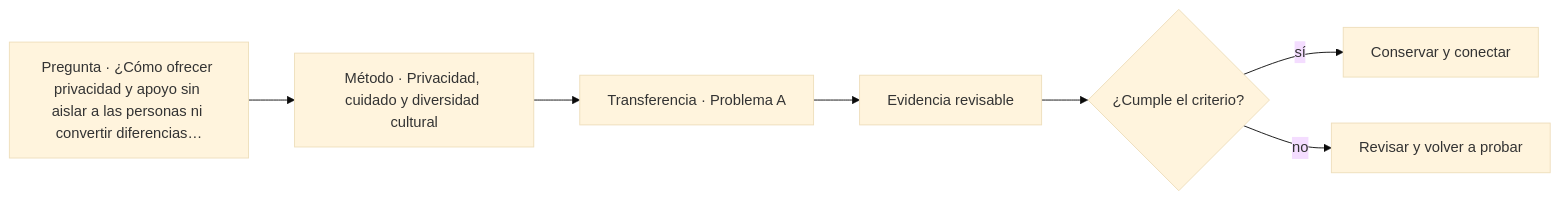
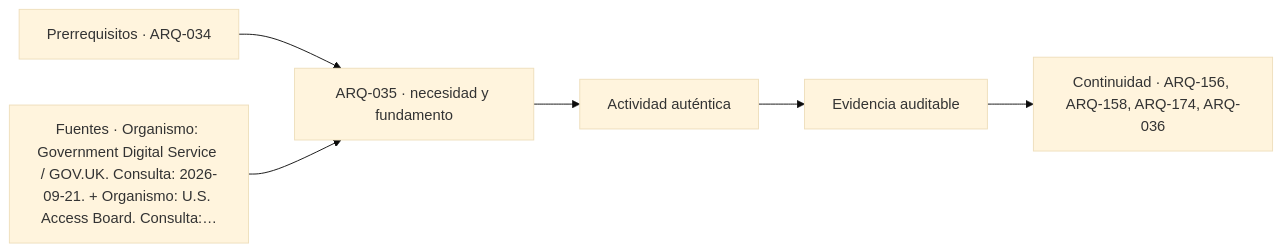
Before and after one commit to vladimiracunadev-create/architecture-built-environment-learning-program: the diagram in classes/parte-04/ARQ-035.md, drawn with Mermaid (base theme). The commit also changed other lines of this file and 761 other files, not shown here.

````diff
--- a/classes/parte-04/ARQ-035.md
+++ b/classes/parte-04/ARQ-035.md
@@ -147,9 +159,8 @@
 ```mermaid
 flowchart LR
-    Q["Pregunta · ¿Cómo ofrecer privacidad y apoyo sin aislar a las personas ni convertir diferencias…"] --> M["Método · Privacidad, cuidado y diversidad cultural"]
-    M --> P["Transferencia · Problema A"]
-    P --> E["Evidencia revisable"]
-    E --> C{"¿Cumple el criterio?"}
-    C -->|sí| T["Conservar y conectar"]
-    C -->|no| R["Revisar y volver a probar"]
+    A["Prerrequisitos · ARQ-034"] --> B["ARQ-035 · necesidad y fundamento"]
+    S["Fuentes · Organismo: Government Digital Service / GOV.UK. Consulta: 2026-09-21. + Organismo: U.S. Access Board. Consulta:…"] --> B
+    B --> C["Actividad auténtica"]
+    C --> D["Evidencia auditable"]
+    D --> E["Continuidad · ARQ-156, ARQ-158, ARQ-174, ARQ-036"]
 ```
````
